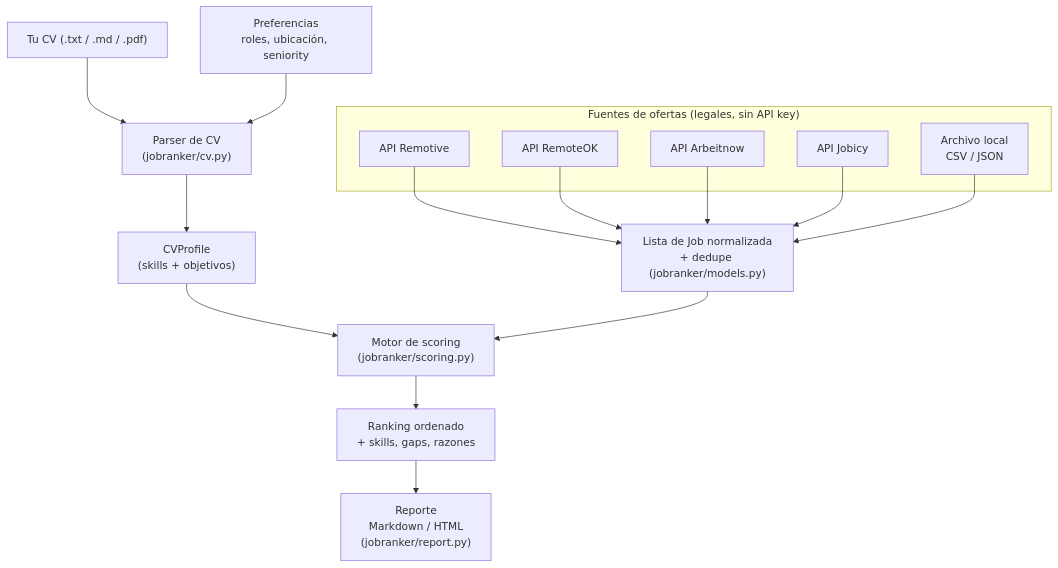
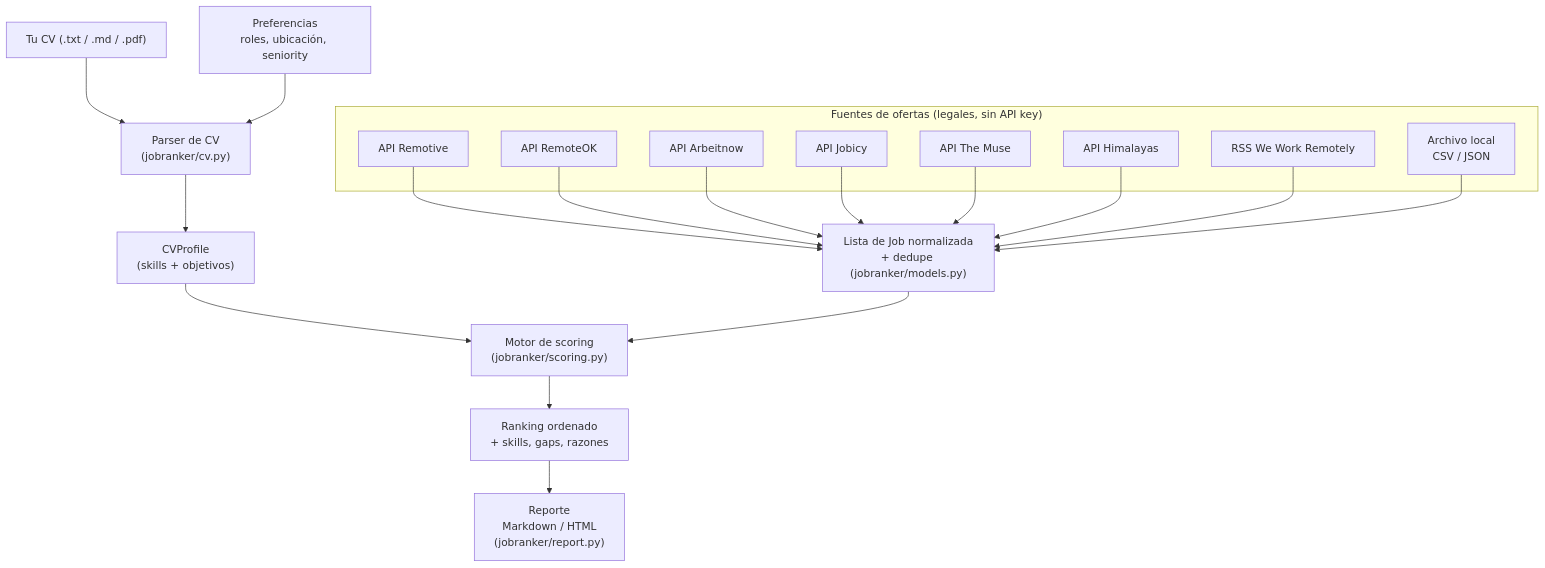
One commit to JaunMarin423/job-offer-analyzer changed the diagram in README.md. Above: the diagram before and after it, drawn with Mermaid. The commit also changed other lines of this file and 7 other files, not shown here.

Commit message:
Add 3 more free job sources: The Muse, Himalayas, We Work Remotely

````diff
--- a/README.md
+++ b/README.md
@@ -34,24 +34,30 @@
 ```mermaid
 flowchart TD
     CV["Tu CV (.txt / .md / .pdf)"] --> P["Parser de CV<br/>(jobranker/cv.py)"]
     PREF["Preferencias<br/>roles, ubicación, seniority"] --> P
     P --> PROF["CVProfile<br/>(skills + objetivos)"]
 
     subgraph fuentes["Fuentes de ofertas (legales, sin API key)"]
         R["API Remotive"]
         RO["API RemoteOK"]
         AN["API Arbeitnow"]
         JO["API Jobicy"]
+        TM["API The Muse"]
+        HI["API Himalayas"]
+        WWR["RSS We Work Remotely"]
         F["Archivo local<br/>CSV / JSON"]
     end
     R --> JOBS["Lista de Job normalizada<br/>+ dedupe (jobranker/models.py)"]
     RO --> JOBS
     AN --> JOBS
     JO --> JOBS
+    TM --> JOBS
+    HI --> JOBS
+    WWR --> JOBS
     F --> JOBS
 
     PROF --> SCORE["Motor de scoring<br/>(jobranker/scoring.py)"]
     JOBS --> SCORE
     SCORE --> RANK["Ranking ordenado<br/>+ skills, gaps, razones"]
     RANK --> OUT["Reporte<br/>Markdown / HTML<br/>(jobranker/report.py)"]
 ```
````
